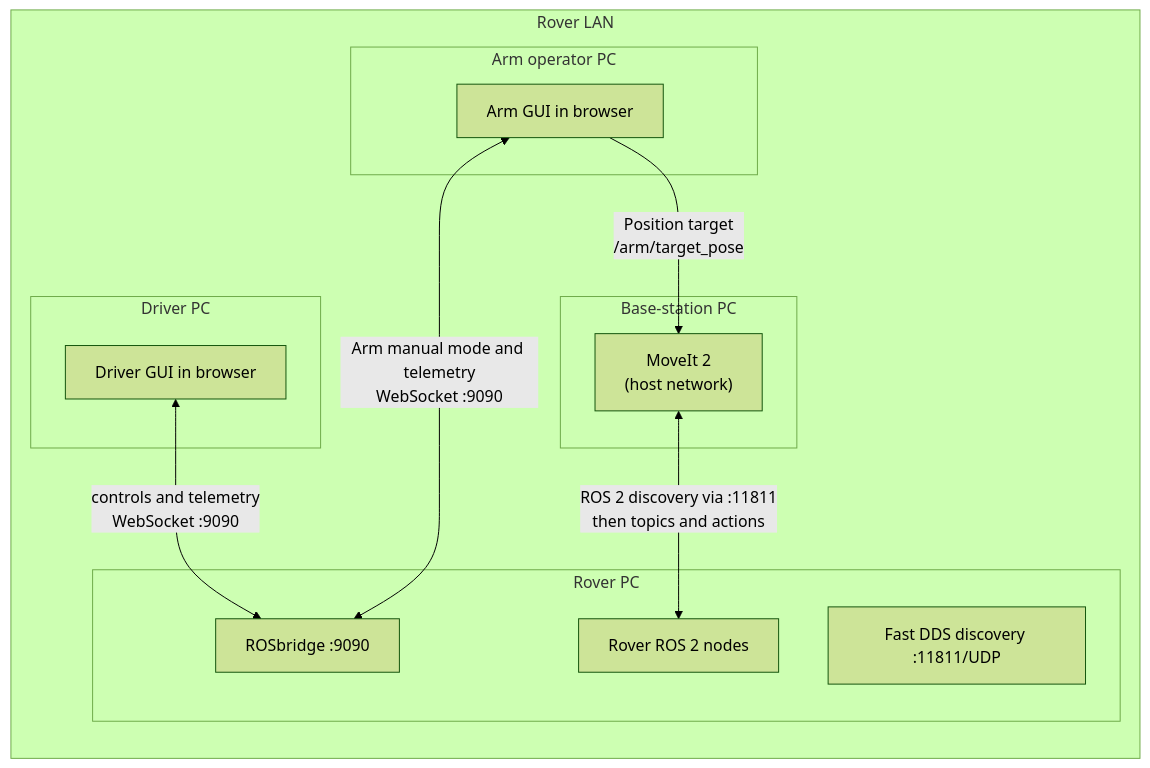
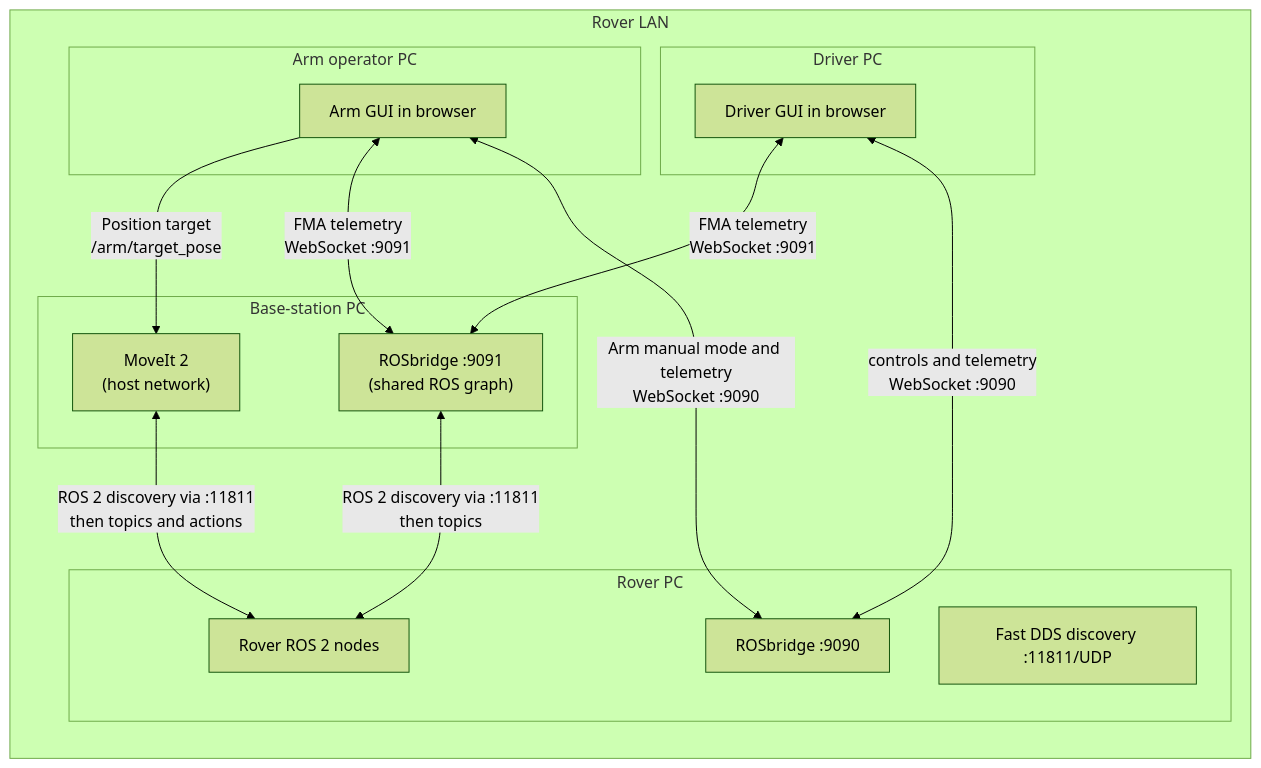
One commit to deakin-robotics/Chasmata-2027 changed the first of 2 diagrams in basestation/docs/networking.md. Above: the diagram before and after it, drawn with Mermaid (forest theme). The commit also changed other lines of this file and 46 other files, not shown here.

Commit message:
Add parallel Rover and BaseStation ROS connections

````diff
--- a/basestation/docs/networking.md
+++ b/basestation/docs/networking.md
@@ -11,28 +11,32 @@
 ```mermaid
 flowchart LR
     subgraph lan["Rover LAN"]
         subgraph roverPC["Rover PC"]
             ros["Rover ROS 2 nodes"]
             bridge["ROSbridge :9090"]
             discovery["Fast DDS discovery :11811/UDP"]
         end
 
         subgraph basePC["Base-station PC"]
             moveit["MoveIt 2\n(host network)"]
+            baseBridge["ROSbridge :9091\n(shared ROS graph)"]
         end
 
         subgraph driverPC["Driver PC"]
             driver["Driver GUI in browser"]
         end
 
         subgraph armPC["Arm operator PC"]
             arm["Arm GUI in browser"]
         end
 
         driver <-->|"controls and telemetry\nWebSocket :9090"| bridge
         arm <-->|"Arm manual mode and telemetry\nWebSocket :9090"| bridge
+        driver <-->|"FMA telemetry\nWebSocket :9091"| baseBridge
+        arm <-->|"FMA telemetry\nWebSocket :9091"| baseBridge
         moveit <-->|"ROS 2 discovery via :11811\nthen topics and actions"| ros
+        baseBridge <-->|"ROS 2 discovery via :11811\nthen topics"| ros
         arm -->|"Position target\n/arm/target_pose"| moveit
     end
 
 ```
````
